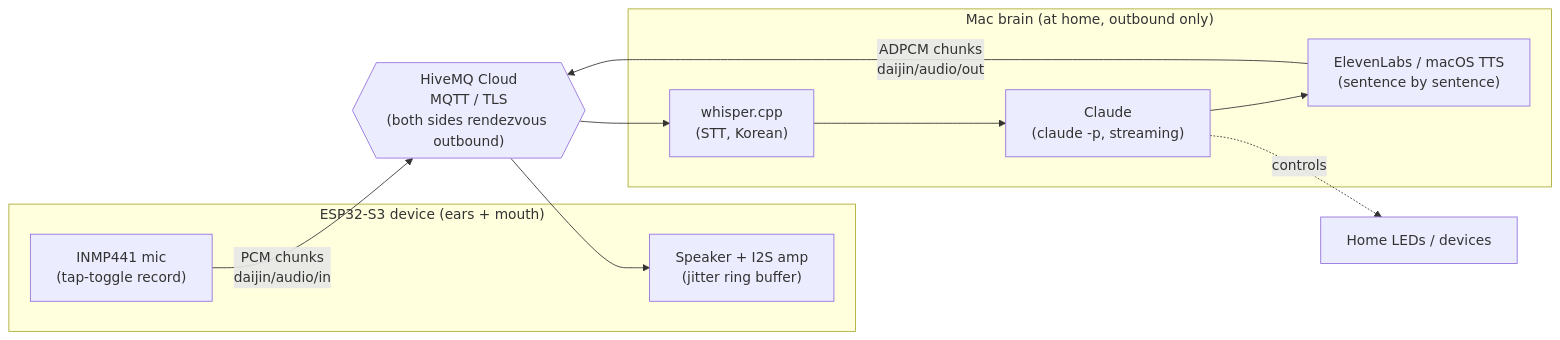
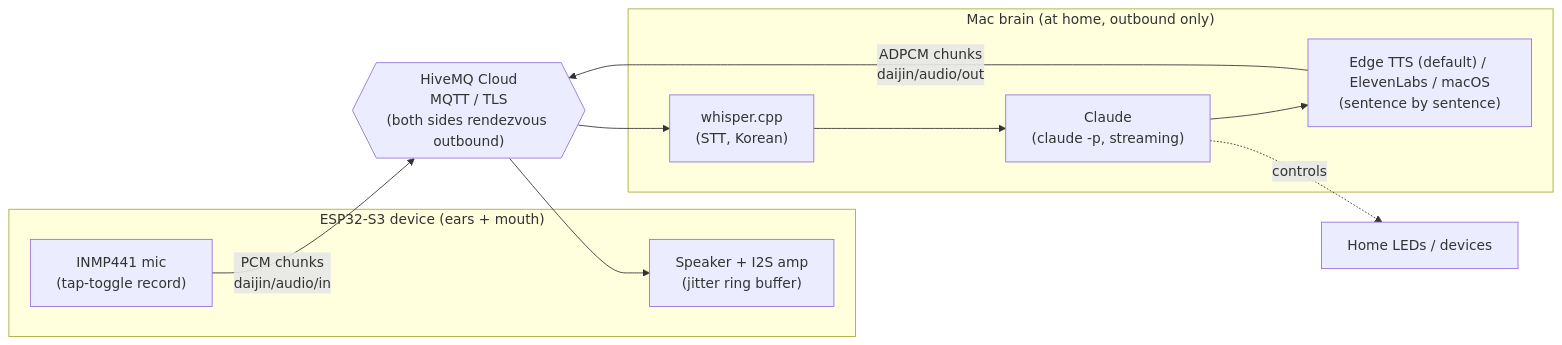
The diagram in README.md (nonasking/daijin), drawn with Mermaid before and after one commit. The commit also changed other lines of this file and 2 other files, not shown here.

````diff
--- a/README.md
+++ b/README.md
@@ -23,23 +23,23 @@
 ```mermaid
 flowchart LR
     subgraph device["ESP32-S3 device (ears + mouth)"]
         MIC["INMP441 mic<br/>(tap-toggle record)"]
         SPK["Speaker + I2S amp<br/>(jitter ring buffer)"]
     end
 
     BROKER{{"HiveMQ Cloud<br/>MQTT / TLS<br/>(both sides rendezvous outbound)"}}
 
     subgraph brain["Mac brain (at home, outbound only)"]
         STT["whisper.cpp<br/>(STT, Korean)"]
         AGENT["Claude<br/>(claude -p, streaming)"]
-        TTS["ElevenLabs / macOS TTS<br/>(sentence by sentence)"]
+        TTS["Edge TTS (default) / ElevenLabs / macOS<br/>(sentence by sentence)"]
         STT --> AGENT --> TTS
     end
 
     MIC -- "PCM chunks<br/>daijin/audio/in" --> BROKER
     BROKER --> STT
     TTS -- "ADPCM chunks<br/>daijin/audio/out" --> BROKER
     BROKER --> SPK
 
     AGENT -. "controls" .-> HOME["Home LEDs / devices"]
 ```
````
